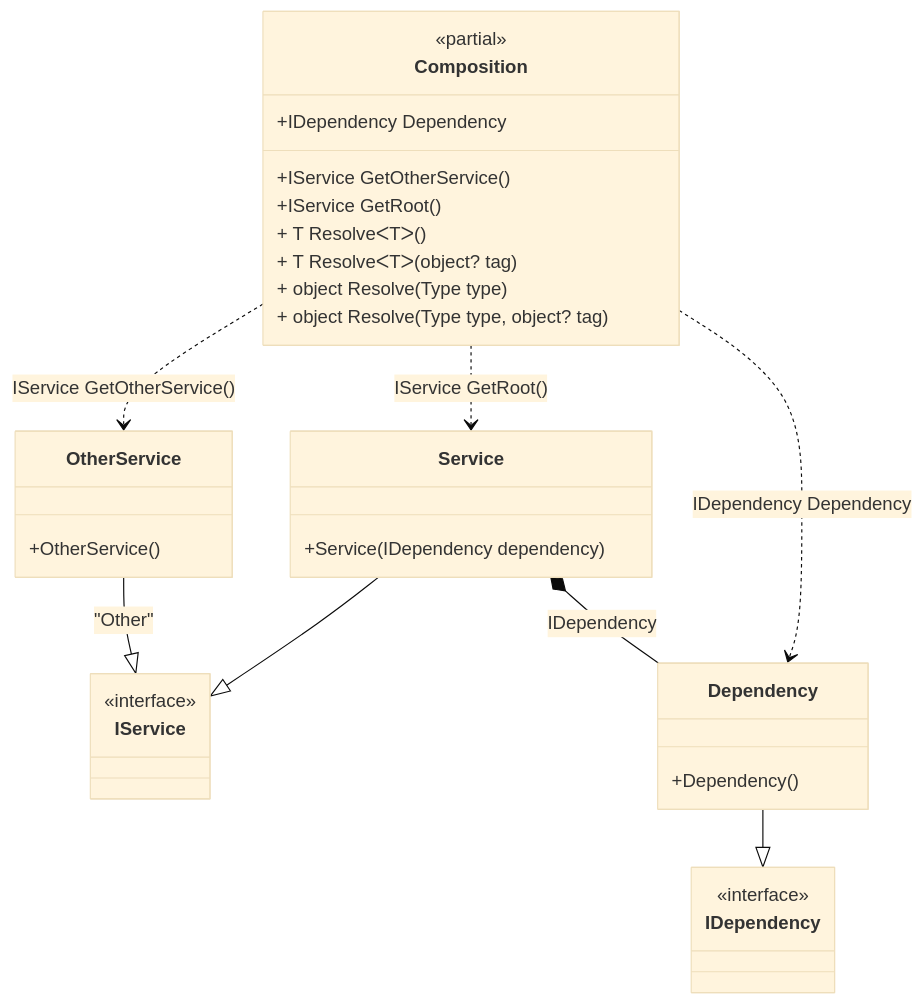
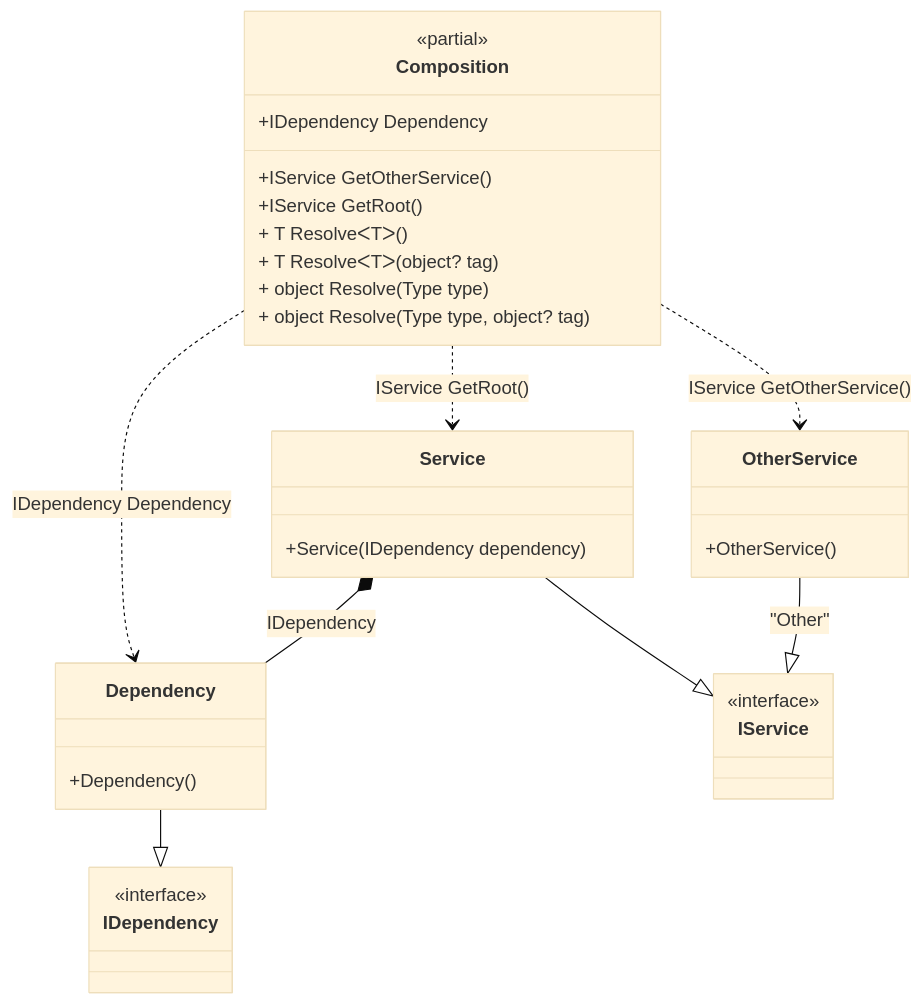
Before and after one commit to DevTeam/Pure.DI: the diagram in readme/composition-root-kinds.md, drawn with Mermaid (base theme). The commit also changed other lines of this file and 92 other files, not shown here.

````diff
--- a/readme/composition-root-kinds.md
+++ b/readme/composition-root-kinds.md
@@ -233,35 +233,35 @@
 ```mermaid
 classDiagram
 	class Composition {
 		<<partial>>
 		+IDependency Dependency
 		+IService GetOtherService()
 		+IService GetRoot()
 		+ T ResolveᐸTᐳ()
 		+ T ResolveᐸTᐳ(object? tag)
 		+ object Resolve(Type type)
 		+ object Resolve(Type type, object? tag)
 	}
+	Dependency --|> IDependency
+	class Dependency {
+		+Dependency()
+	}
 	Service --|> IService
 	class Service {
 		+Service(IDependency dependency)
 	}
 	OtherService --|> IService : "Other" 
 	class OtherService {
 		+OtherService()
 	}
-	Dependency --|> IDependency
-	class Dependency {
-		+Dependency()
+	class IDependency {
+		<<interface>>
 	}
 	class IService {
-		<<interface>>
-	}
-	class IDependency {
 		<<interface>>
 	}
 	Composition ..> Dependency : IDependency Dependency
 	Composition ..> Service : IService GetRoot()
 	Composition ..> OtherService : IService GetOtherService()
 	Service *--  Dependency : IDependency
 ```
````
